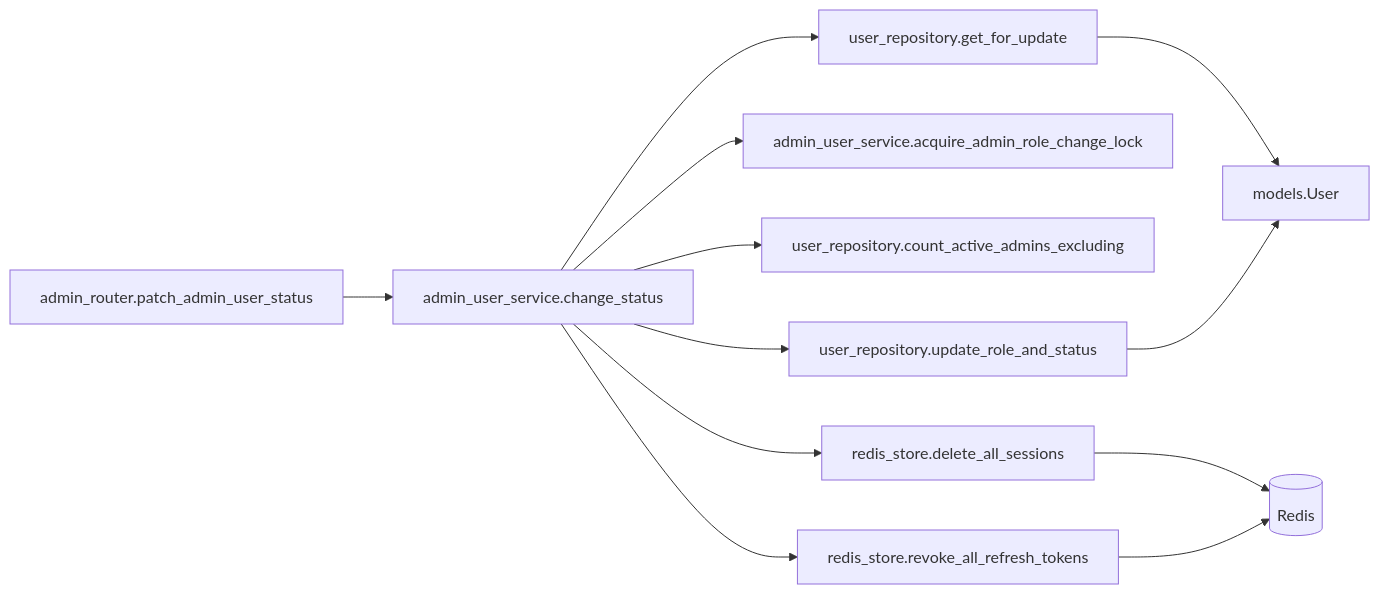
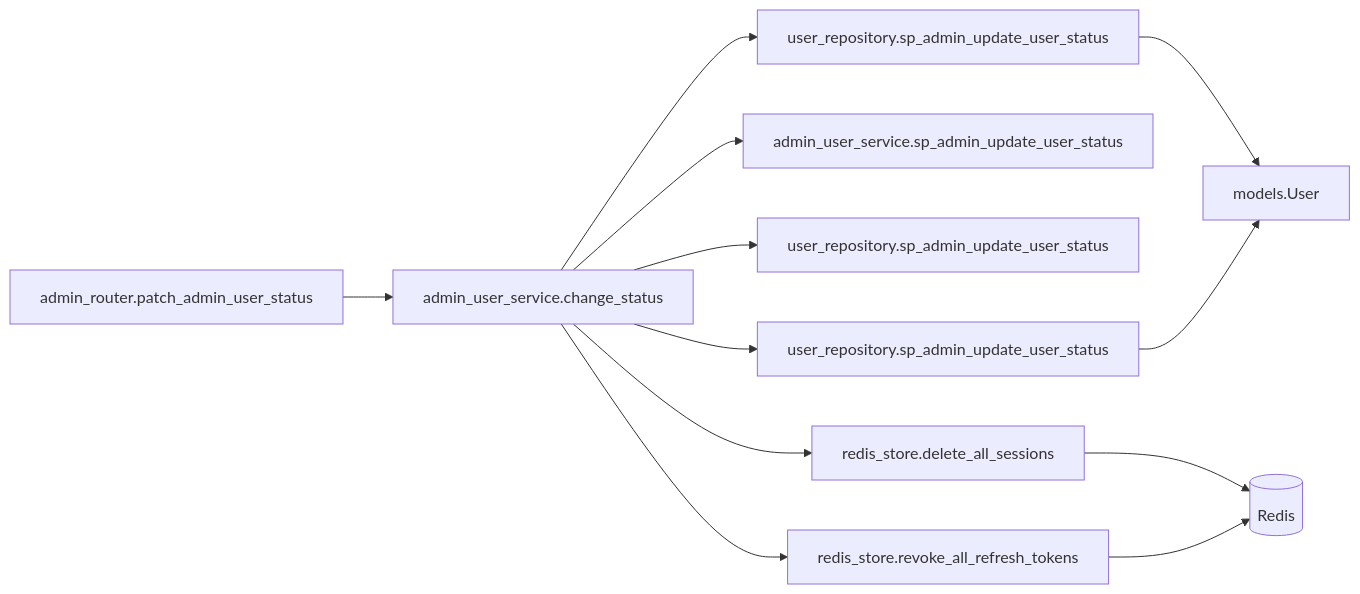
The third of 4 diagrams in detailed_design/api/admin/03_patch_admin_user_status.md (oikawa-d/task_management), drawn with Mermaid before and after one commit. The commit also changed other lines of this file and 58 other files, not shown here.

````diff
--- a/detailed_design/api/admin/03_patch_admin_user_status.md
+++ b/detailed_design/api/admin/03_patch_admin_user_status.md
@@ -221,14 +230,14 @@
 ```mermaid
 flowchart LR
     R["admin_router.patch_admin_user_status"] --> S["admin_user_service.change_status"]
-    S --> RP1["user_repository.get_for_update"]
-    S --> L["admin_user_service.acquire_admin_role_change_lock"]
-    S --> RP2["user_repository.count_active_admins_excluding"]
-    S --> RP3["user_repository.update_role_and_status"]
+    S --> RP1["user_repository.sp_admin_update_user_status"]
+    S --> L["admin_user_service.sp_admin_update_user_status"]
+    S --> RP2["user_repository.sp_admin_update_user_status"]
+    S --> RP3["user_repository.sp_admin_update_user_status"]
     S --> RS1["redis_store.delete_all_sessions"]
     S --> RS2["redis_store.revoke_all_refresh_tokens"]
     RP1 --> M["models.User"]
     RP3 --> M
     RS1 --> RD[("Redis")]
     RS2 --> RD
 ```
````
